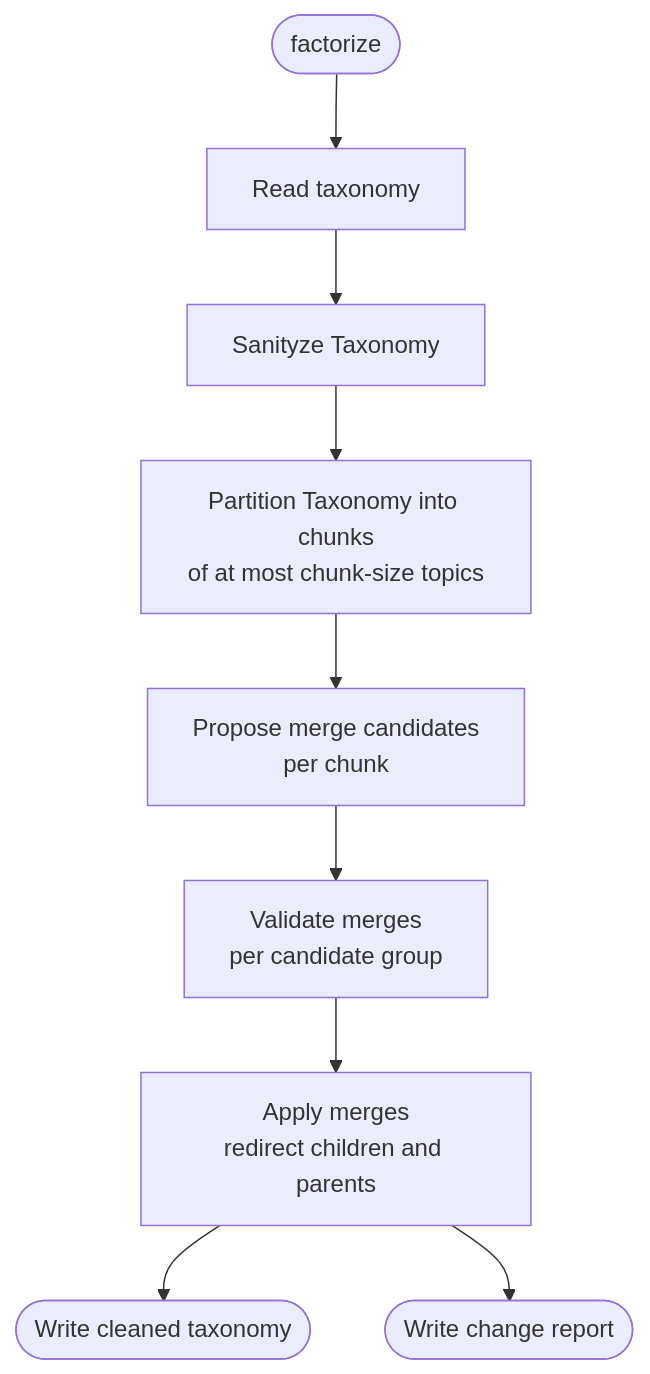
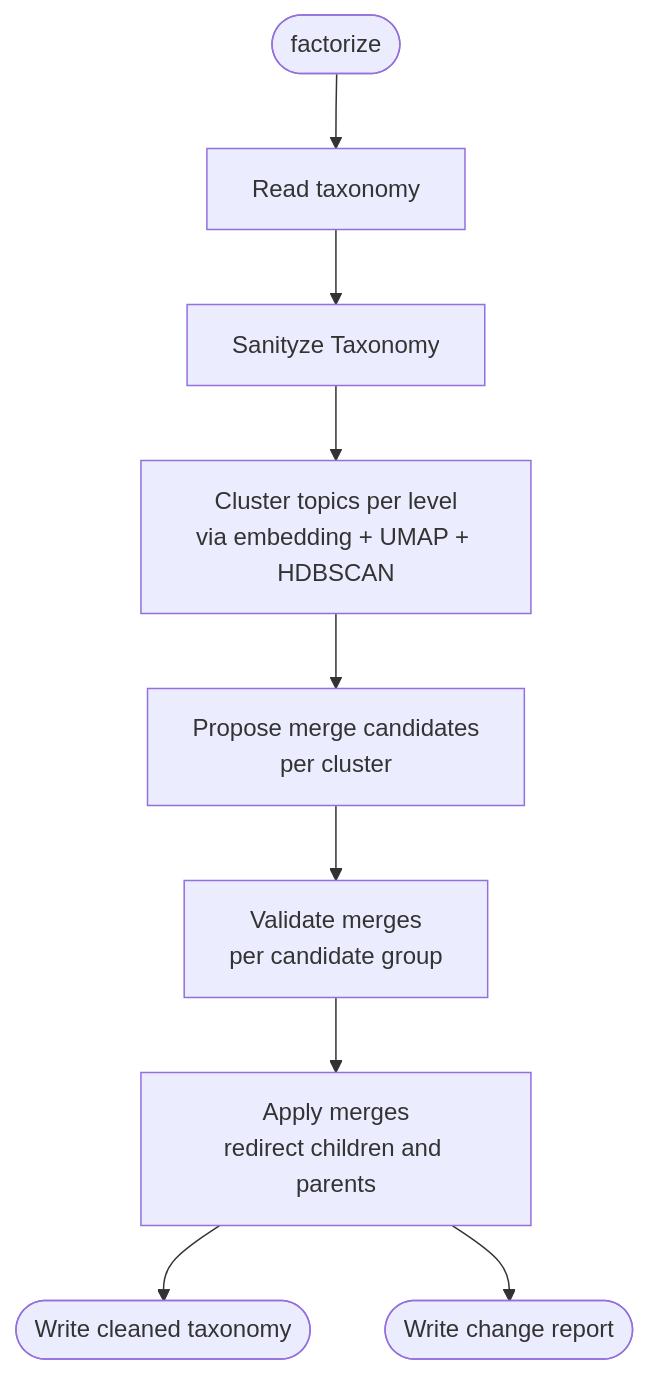
The fourth of 5 diagrams in topic-builder/README.md (dataforgoodfr/cahier_doleances), drawn with Mermaid before and after one commit. The commit also changed other lines of this file and 35 other files, not shown here.

Commit message:
feat: add clustering with fastembed + umap + hdbscan (#7)

````diff
--- a/topic-builder/README.md
+++ b/topic-builder/README.md
@@ -290,11 +289,11 @@
 ```mermaid
 flowchart TD
     A([factorize]) --> B[Read taxonomy]
     B --> C[Sanityze Taxonomy]
-    C --> D[Partition Taxonomy into chunks\nof at most chunk-size topics]
-    D --> E[Propose merge candidates\nper chunk]
+    C --> D[Cluster topics per level\nvia embedding + UMAP + HDBSCAN]
+    D --> E[Propose merge candidates\nper cluster]
     E --> F[Validate merges\nper candidate group]
     F --> G[Apply merges\nredirect children and parents]
     G --> H([Write cleaned taxonomy])
     G --> I([Write change report])
 ```
````
